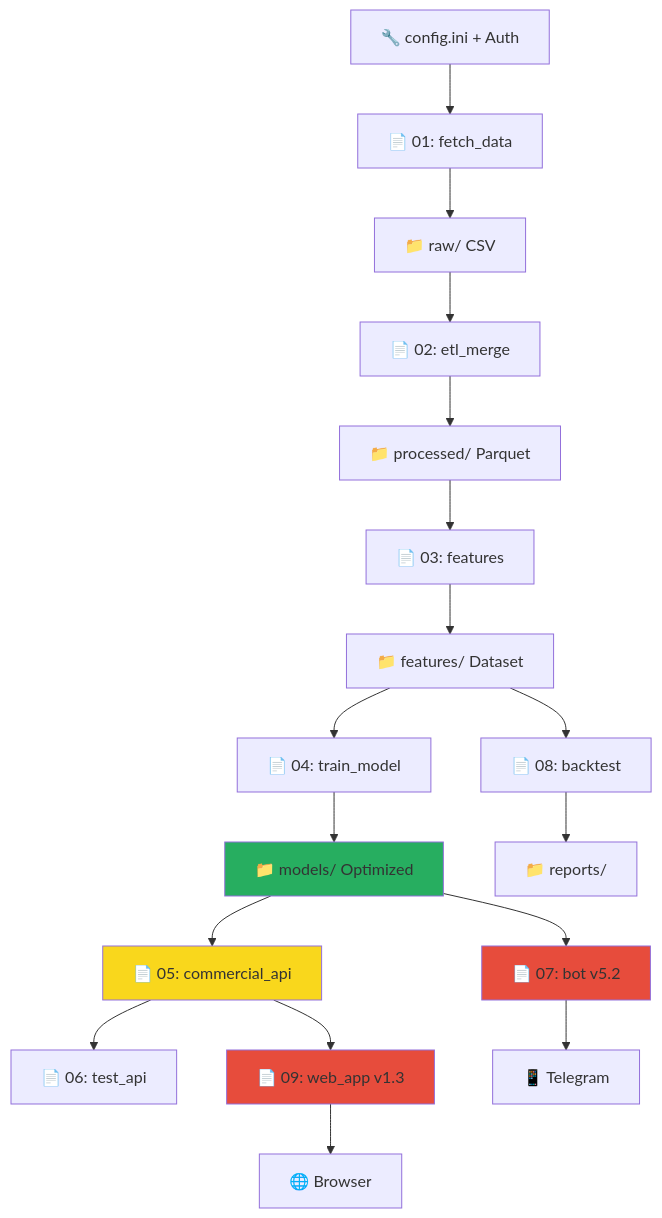
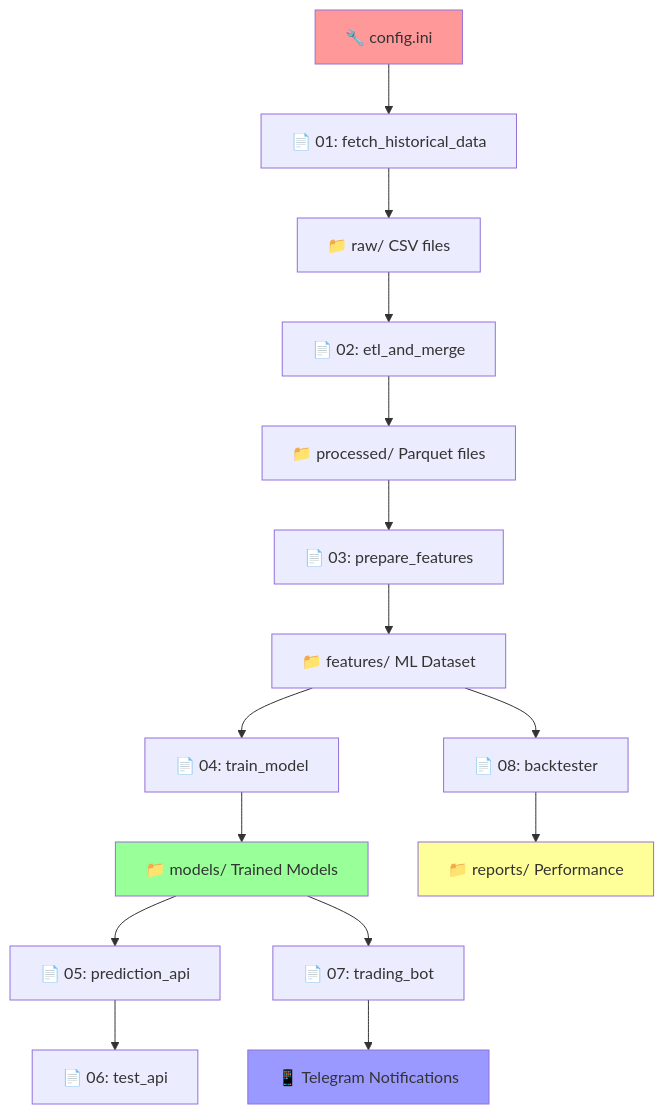
The diagram in data/scripts/readme.md (ama3639/MachineLearning), drawn with Mermaid before and after one commit. The commit also changed other lines of this file and 13 other files, not shown here.

````diff
--- a/data/scripts/readme.md
+++ b/data/scripts/readme.md
@@ -375,18 +707,22 @@
 ```mermaid
 graph TB
-    A[🔧 config.ini + Auth] --> B[📄 01: fetch_data]
-    B --> C[📁 raw/ CSV] --> D[📄 02: etl_merge]
-    D --> E[📁 processed/ Parquet] --> F[📄 03: features]
-    F --> G[📁 features/ Dataset] --> H[📄 04: train_model]
-    H --> I[📁 models/ Optimized] --> J[📄 05: commercial_api]
+    A[🔧 config.ini] --> B[📄 01: fetch_historical_data]
+    B --> C[📁 raw/ CSV files]
+    C --> D[📄 02: etl_and_merge]
+    D --> E[📁 processed/ Parquet files]
+    E --> F[📄 03: prepare_features]
+    F --> G[📁 features/ ML Dataset]
+    G --> H[📄 04: train_model]
+    H --> I[📁 models/ Trained Models]
+    I --> J[📄 05: prediction_api]
     J --> K[📄 06: test_api]
-    I --> L[📄 07: bot v5.2] --> M[📱 Telegram]
-    J --> N[📄 09: web_app v1.3] --> O[🌐 Browser]
-    G --> P[📄 08: backtest] --> Q[📁 reports/]
+    I --> L[📄 07: trading_bot]
+    L --> M[📱 Telegram Notifications]
+    G --> N[📄 08: backtester]
+    N --> O[📁 reports/ Performance]
     
-    style J fill:#f9d71c
-    style N fill:#f9d71c
-    style I fill:#27ae60
-    style L fill:#e74c3c
-    style N fill:#e74c3c
+    style A fill:#ff9999
+    style I fill:#99ff99
+    style M fill:#9999ff
+    style O fill:#ffff99
 ```
````
